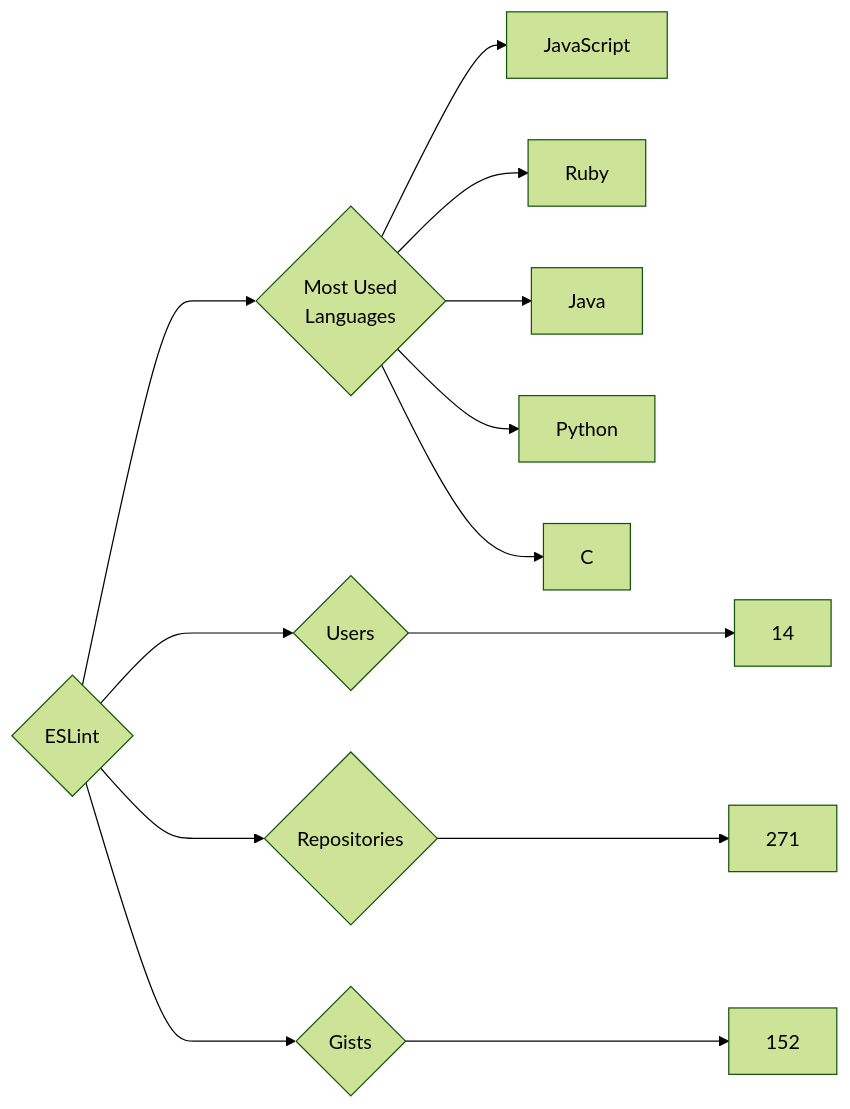
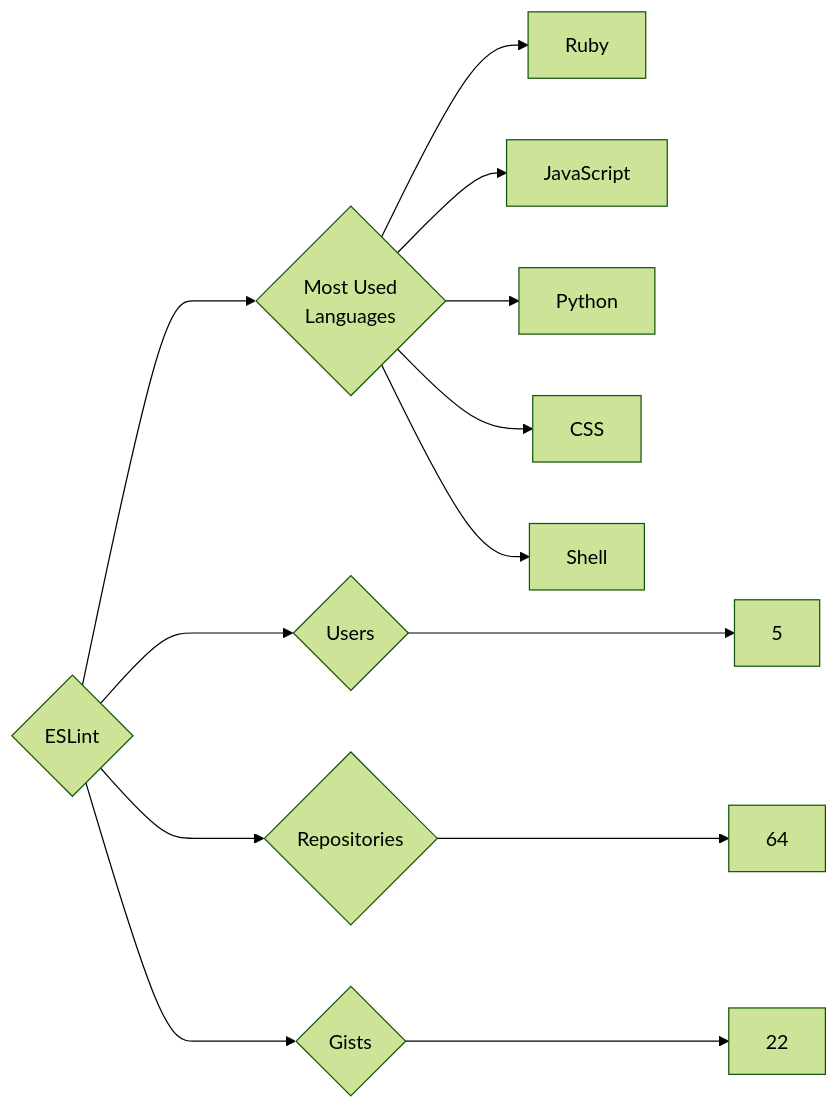
One commit to trickest/insiders changed the diagram in targets/ESLint/README.md. Above: the diagram before and after it, drawn with Mermaid (forest theme). The commit also changed 1212 other files, not shown here.

````diff
--- a/targets/ESLint/README.md
+++ b/targets/ESLint/README.md
@@ -3,13 +3,13 @@
 ```mermaid
 graph LR
 COMPANY_NAME{ESLint}
-COMPANY_NAME ---> U{Users} ---> UN[14]
-COMPANY_NAME ---> R{Repositories} ---> RN[271]
-COMPANY_NAME ---> G{Gists} ---> GN[152]
+COMPANY_NAME ---> U{Users} ---> UN[5]
+COMPANY_NAME ---> R{Repositories} ---> RN[64]
+COMPANY_NAME ---> G{Gists} ---> GN[22]
 COMPANY_NAME ---> ML{Most Used<br>Languages}
+ML --> Ruby[Ruby]
 ML --> JavaScript[JavaScript]
-ML --> Ruby[Ruby]
-ML --> Java[Java]
 ML --> Python[Python]
-ML --> C[C]
+ML --> CSS[CSS]
+ML --> Shell[Shell]
 ```
````
